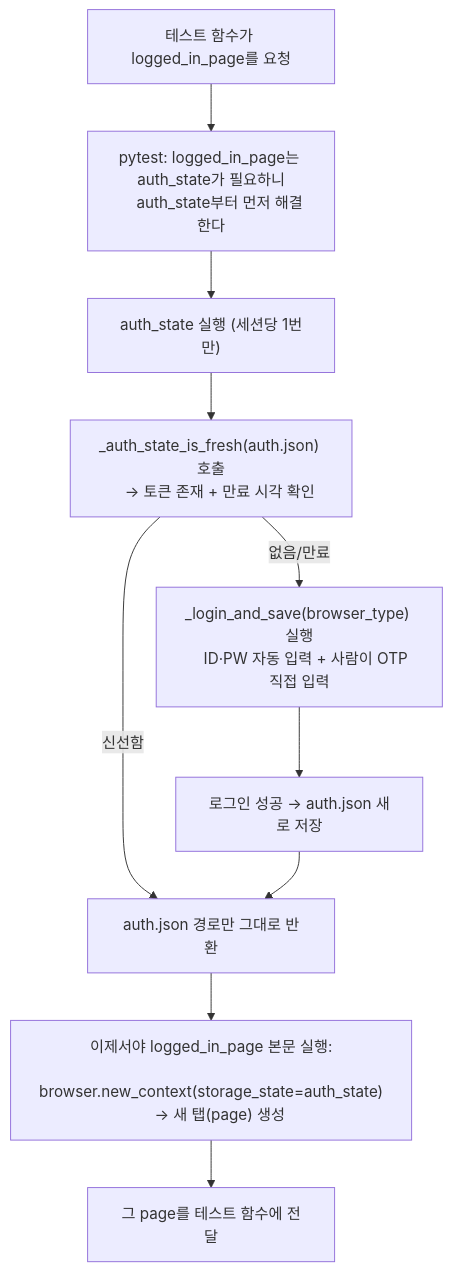
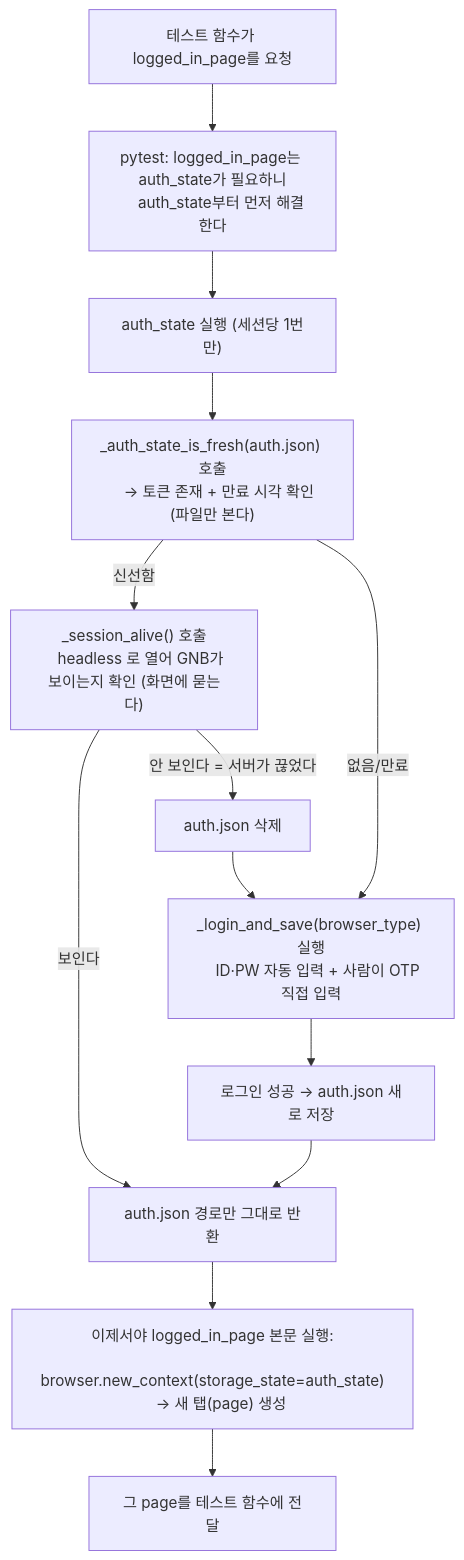
One commit to sonyoona/QA_automation_test changed the diagram in docs/notes/code-notes/로그인-테스트-노트.md. Above: the diagram before and after it, drawn with Mermaid. The commit also changed other lines of this file and 1 other file, not shown here.

````diff
--- a/docs/notes/code-notes/로그인-테스트-노트.md
+++ b/docs/notes/code-notes/로그인-테스트-노트.md
@@ -80,17 +80,21 @@
 ```mermaid
 flowchart TD
     A["테스트 함수가 logged_in_page를 요청"] --> B["pytest: logged_in_page는 auth_state가 필요하니
     auth_state부터 먼저 해결한다"]
     B --> C["auth_state 실행 (세션당 1번만)"]
     C --> D["_auth_state_is_fresh(auth.json) 호출
-    → 토큰 존재 + 만료 시각 확인"]
-    D -->|신선함| E["auth.json 경로만 그대로 반환"]
+    → 토큰 존재 + 만료 시각 확인 (파일만 본다)"]
+    D -->|신선함| D2["_session_alive() 호출
+    headless 로 열어 GNB가 보이는지 확인 (화면에 묻는다)"]
+    D2 -->|보인다| E["auth.json 경로만 그대로 반환"]
+    D2 -->|안 보인다 = 서버가 끊었다| X["auth.json 삭제"]
     D -->|없음/만료| F["_login_and_save(browser_type) 실행
     ID·PW 자동 입력 + 사람이 OTP 직접 입력"]
+    X --> F
     F --> G["로그인 성공 → auth.json 새로 저장"]
     G --> E
     E --> H["이제서야 logged_in_page 본문 실행:
     browser.new_context(storage_state=auth_state)
     → 새 탭(page) 생성"]
     H --> I["그 page를 테스트 함수에 전달"]
 ```
````
